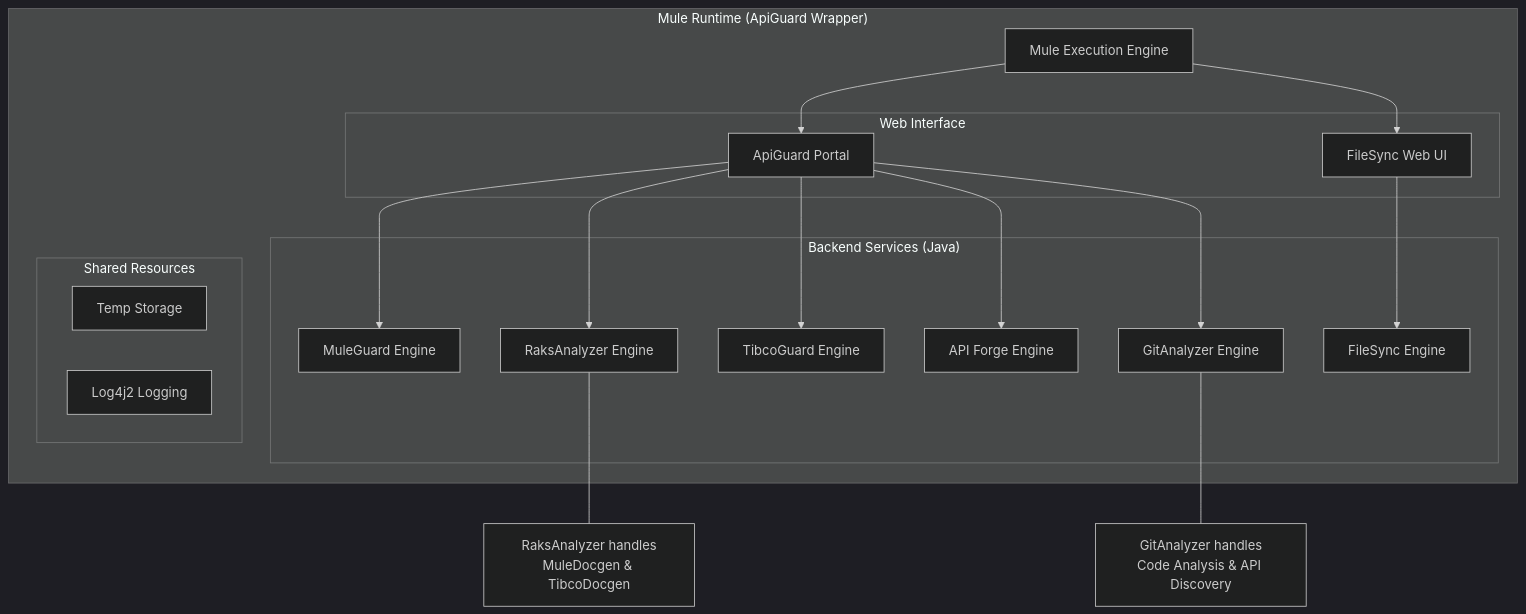
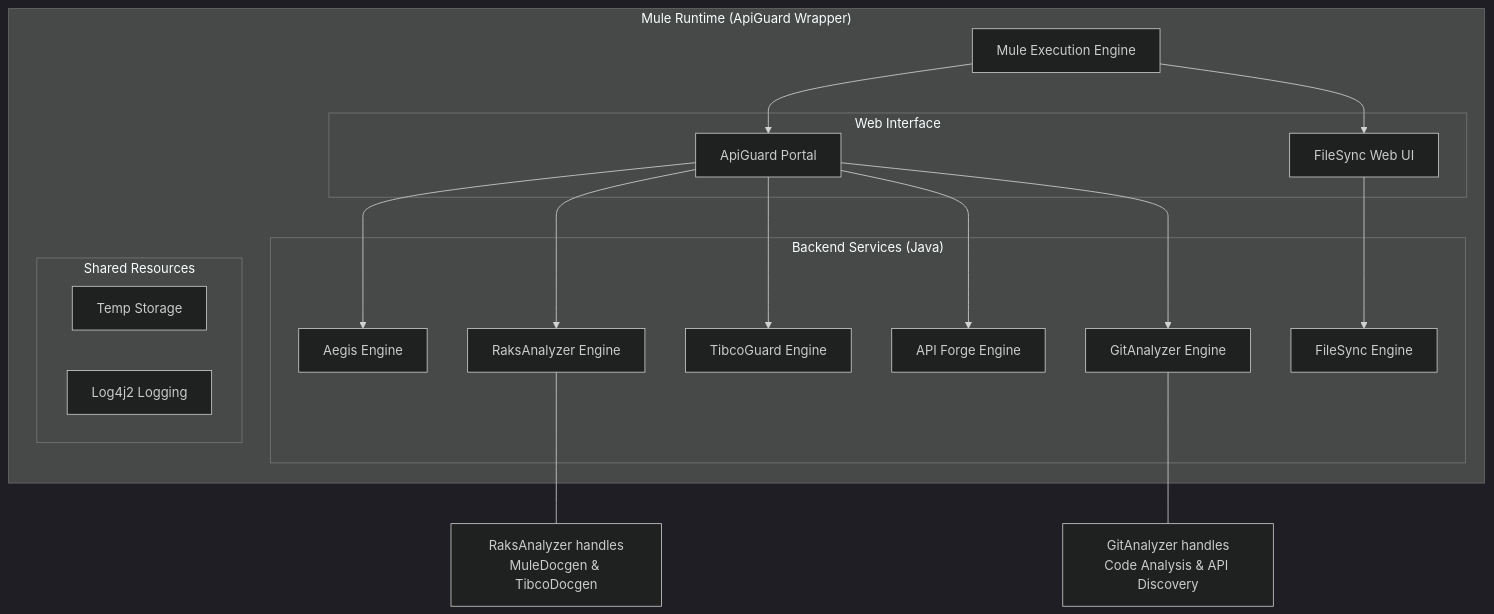
The diagram in apiguardwrapper/ENTERPRISE_ONBOARDING.md (raksjnu/apiguard), drawn with Mermaid (dark theme) before and after one commit. The commit also changed other lines of this file and 209 other files, not shown here.

Commit message:
Cleanup: Remove legacy MuleGuard projects, standalone projects, and backup directory. Update documentation and integrated build scripts.

````diff
--- a/apiguardwrapper/ENTERPRISE_ONBOARDING.md
+++ b/apiguardwrapper/ENTERPRISE_ONBOARDING.md
@@ -44,41 +44,41 @@
 ```mermaid
 graph TB
     subgraph "Mule Runtime (ApiGuard Wrapper)"
         Mule[Mule Execution Engine]
         
         subgraph "Web Interface"
             Portal[ApiGuard Portal]
             SyncUI[FileSync Web UI]
         end
         
         subgraph "Backend Services (Java)"
-            MG[MuleGuard Engine]
+            AG[Aegis Engine]
             RA[RaksAnalyzer Engine]
             TG[TibcoGuard Engine]
             AUC[API Forge Engine]
             GA[GitAnalyzer Engine]
             FS[FileSync Engine]
         end
         
         subgraph "Shared Resources"
             Temp[Temp Storage]
             Logs[Log4j2 Logging]
         end
     end
     
-    Portal --> MG
+    Portal --> AG
     Portal --> RA
     Portal --> TG
     Portal --> AUC
     Portal --> GA
     SyncUI --> FS
     
     Mule --> Portal
     Mule --> SyncUI
     
     note1[RaksAnalyzer handles<br/>MuleDocgen & TibcoDocgen]
     note2[GitAnalyzer handles<br/>Code Analysis & API Discovery]
     
     RA --- note1
     GA --- note2
 ```
````
